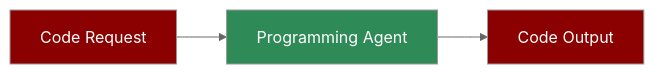
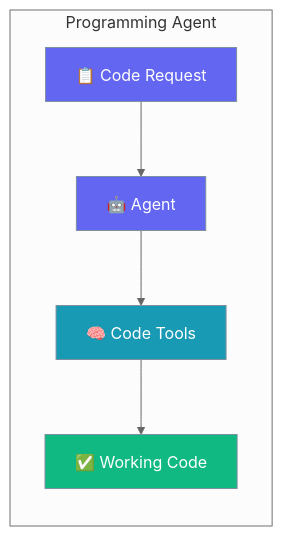
The first of 2 diagrams in docs/agents/programming.mdx (MervinPraison/PraisonAIDocs), drawn with Mermaid (neutral theme) before and after one commit. The commit also changed other lines of this file and 1 other file, not shown here.

Commit message:
docs: AGENTS.md compliance for programming, recommendation agents (#1733)

````diff
--- a/docs/agents/programming.mdx
+++ b/docs/agents/programming.mdx
@@ -8,9 +23,16 @@
 ```mermaid
-flowchart LR
-    In[Code Request] --> Agent[Programming Agent]
-    Agent --> Out[Code Output]
-    
-    style In fill:#8B0000,color:#fff
-    style Agent fill:#2E8B57,color:#fff
-    style Out fill:#8B0000,color:#fff
+graph LR
+    subgraph "Programming Agent"
+        User[📋 Code Request] --> Agent[🤖 Agent]
+        Agent --> Tools[🧠 Code Tools]
+        Tools --> Result[✅ Working Code]
+    end
+
+    classDef input fill:#6366F1,stroke:#7C90A0,color:#fff
+    classDef process fill:#189AB4,stroke:#7C90A0,color:#fff
+    classDef output fill:#10B981,stroke:#7C90A0,color:#fff
+
+    class User,Agent input
+    class Tools process
+    class Result output
 ```
````
